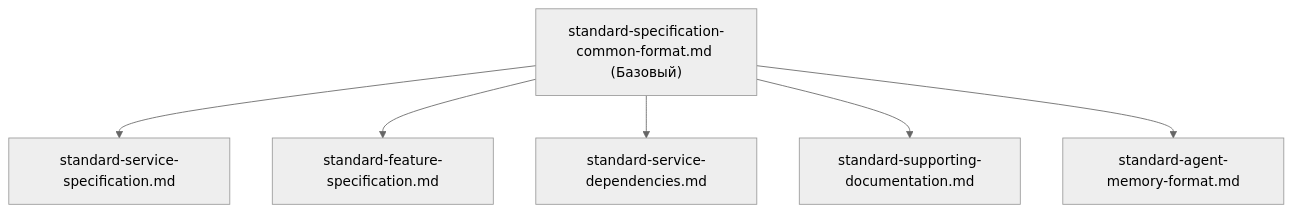
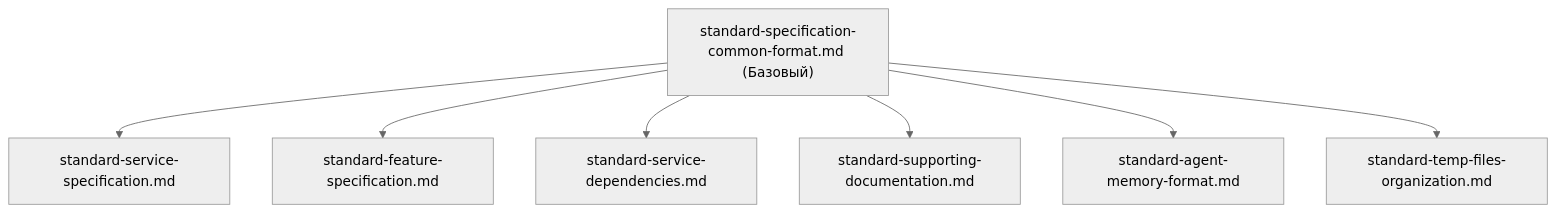
Before and after one commit to pihanya/workplace-scaffold: the diagram in .data/workplace-init-bundle/standards/INDEX.md, drawn with Mermaid (neutral theme). The commit also changed other lines of this file and 11 other files, not shown here.

````diff
--- a/.data/workplace-init-bundle/standards/INDEX.md
+++ b/.data/workplace-init-bundle/standards/INDEX.md
@@ -37,9 +40,10 @@
 ```mermaid
 flowchart TD
     Common["standard-specification-common-format.md (Базовый)"]
     Common --> ServiceSpec["standard-service-specification.md"]
     Common --> FeatureSpec["standard-feature-specification.md"]
     Common --> DepsSpec["standard-service-dependencies.md"]
     Common --> SupportingDocs["standard-supporting-documentation.md"]
     Common --> AgentMemory["standard-agent-memory-format.md"]
+    Common --> TempFiles["standard-temp-files-organization.md"]
 ```
````
